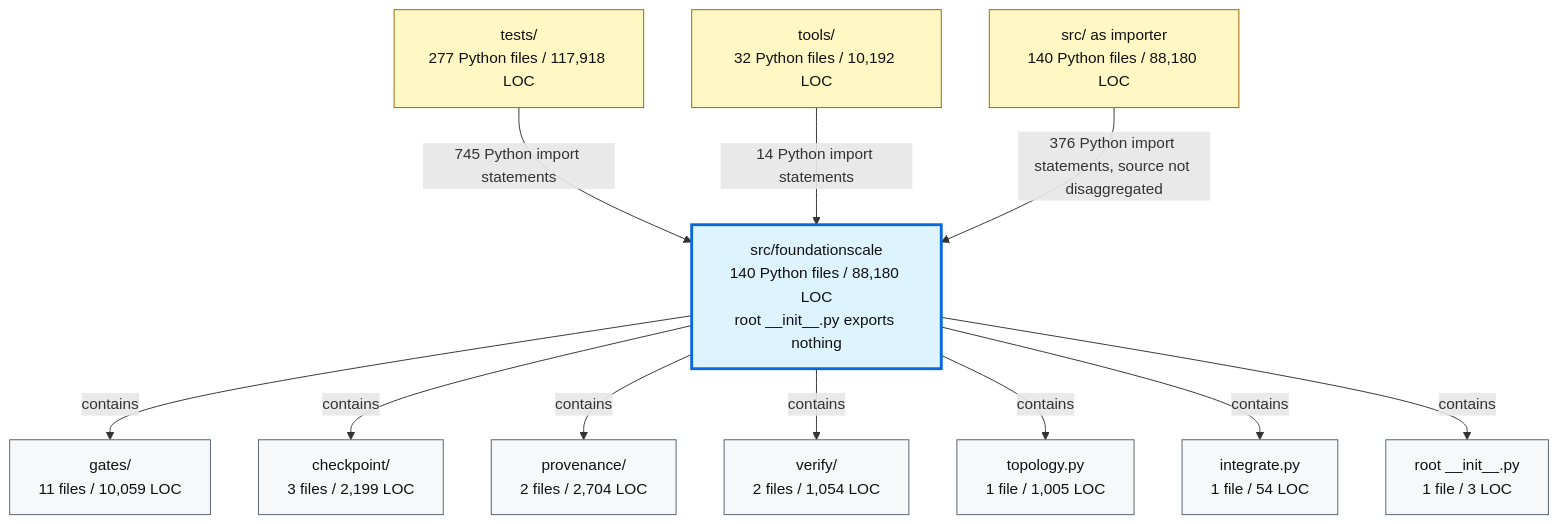
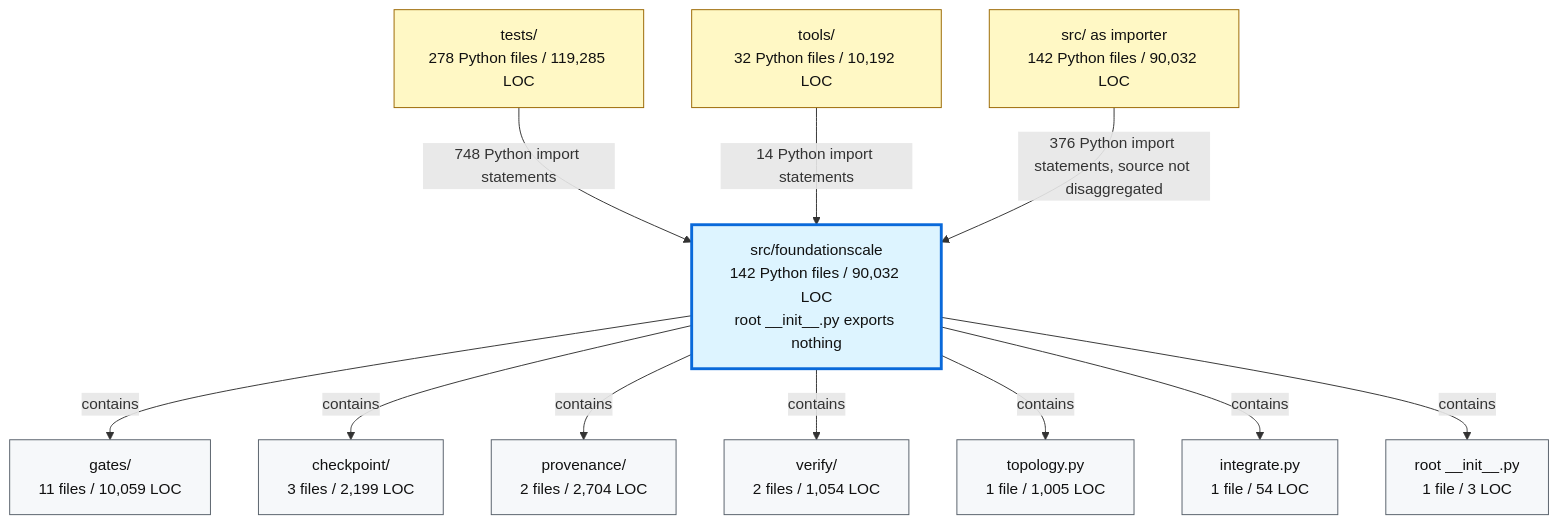
The second of 2 diagrams in docs/review/D2_current_architecture.md (TranNhiem/FoundationScale), drawn with Mermaid before and after one commit. The commit also changed other lines of this file and 15 other files, not shown here.

````diff
--- a/docs/review/D2_current_architecture.md
+++ b/docs/review/D2_current_architecture.md
@@ -97,36 +97,36 @@
 ```mermaid
 flowchart TB
-  TESTS["tests/<br/>277 Python files / 117,918 LOC"]
+  TESTS["tests/<br/>278 Python files / 119,285 LOC"]
   TOOLS["tools/<br/>32 Python files / 10,192 LOC"]
-  SRC["src/ as importer<br/>140 Python files / 88,180 LOC"]
+  SRC["src/ as importer<br/>142 Python files / 90,032 LOC"]
 
-  FS["src/foundationscale<br/>140 Python files / 88,180 LOC<br/>root __init__.py exports nothing"]
+  FS["src/foundationscale<br/>142 Python files / 90,032 LOC<br/>root __init__.py exports nothing"]
 
   GATES["gates/<br/>11 files / 10,059 LOC"]
   CKPT["checkpoint/<br/>3 files / 2,199 LOC"]
   PROV["provenance/<br/>2 files / 2,704 LOC"]
   VERIFY["verify/<br/>2 files / 1,054 LOC"]
   TOPO["topology.py<br/>1 file / 1,005 LOC"]
   INTEG["integrate.py<br/>1 file / 54 LOC"]
   ROOT["root __init__.py<br/>1 file / 3 LOC"]
 
-  TESTS -->|"745 Python import statements"| FS
+  TESTS -->|"748 Python import statements"| FS
   TOOLS -->|"14 Python import statements"| FS
   SRC -->|"376 Python import statements, source not disaggregated"| FS
 
   FS -->|"contains"| GATES
   FS -->|"contains"| CKPT
   FS -->|"contains"| PROV
   FS -->|"contains"| VERIFY
   FS -->|"contains"| TOPO
   FS -->|"contains"| INTEG
   FS -->|"contains"| ROOT
 
   classDef consumer fill:#fff8c5,stroke:#9a6700,color:#111;
   classDef package fill:#ddf4ff,stroke:#0969da,stroke-width:3px,color:#111;
   classDef module fill:#f6f8fa,stroke:#57606a,color:#111;
 
   class TESTS,TOOLS,SRC consumer;
   class FS package;
   class GATES,CKPT,PROV,VERIFY,TOPO,INTEG,ROOT module;
 ```
````
